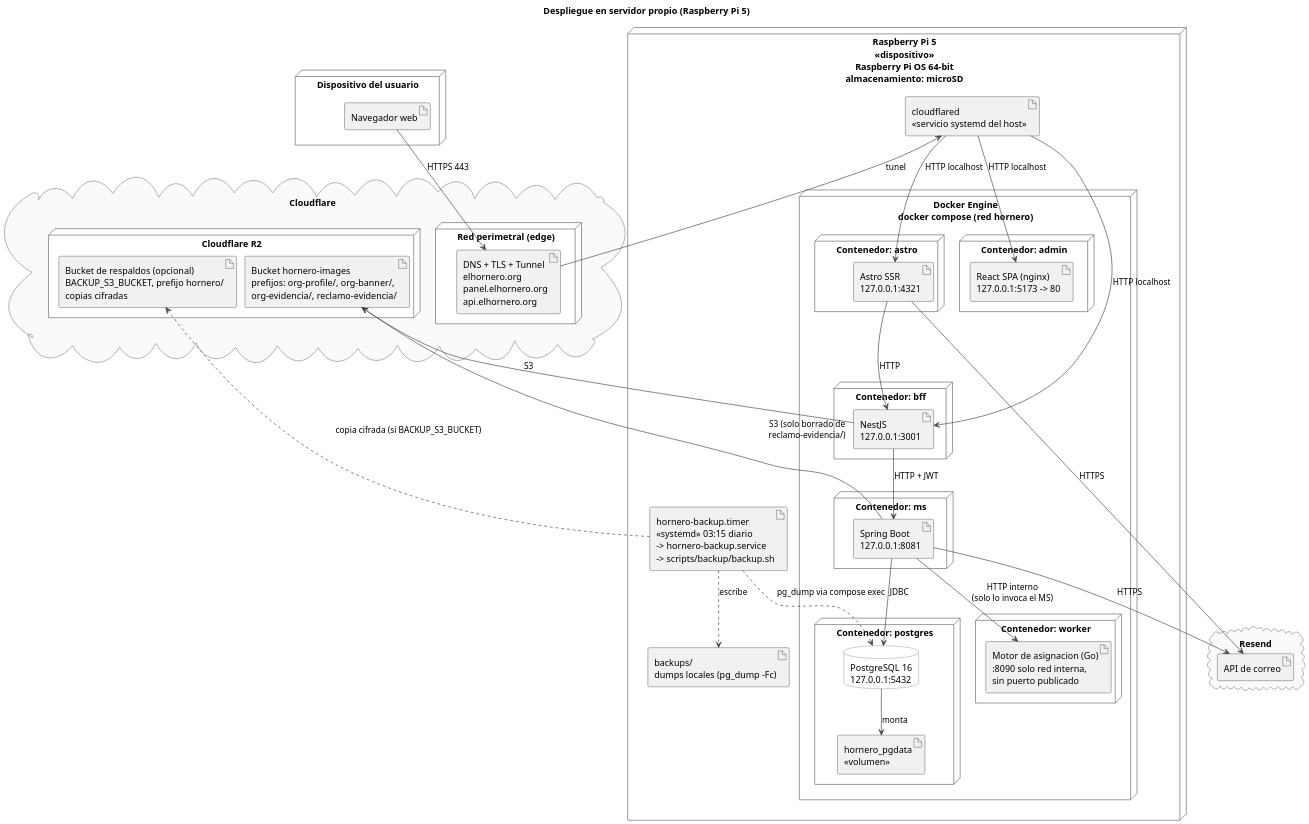
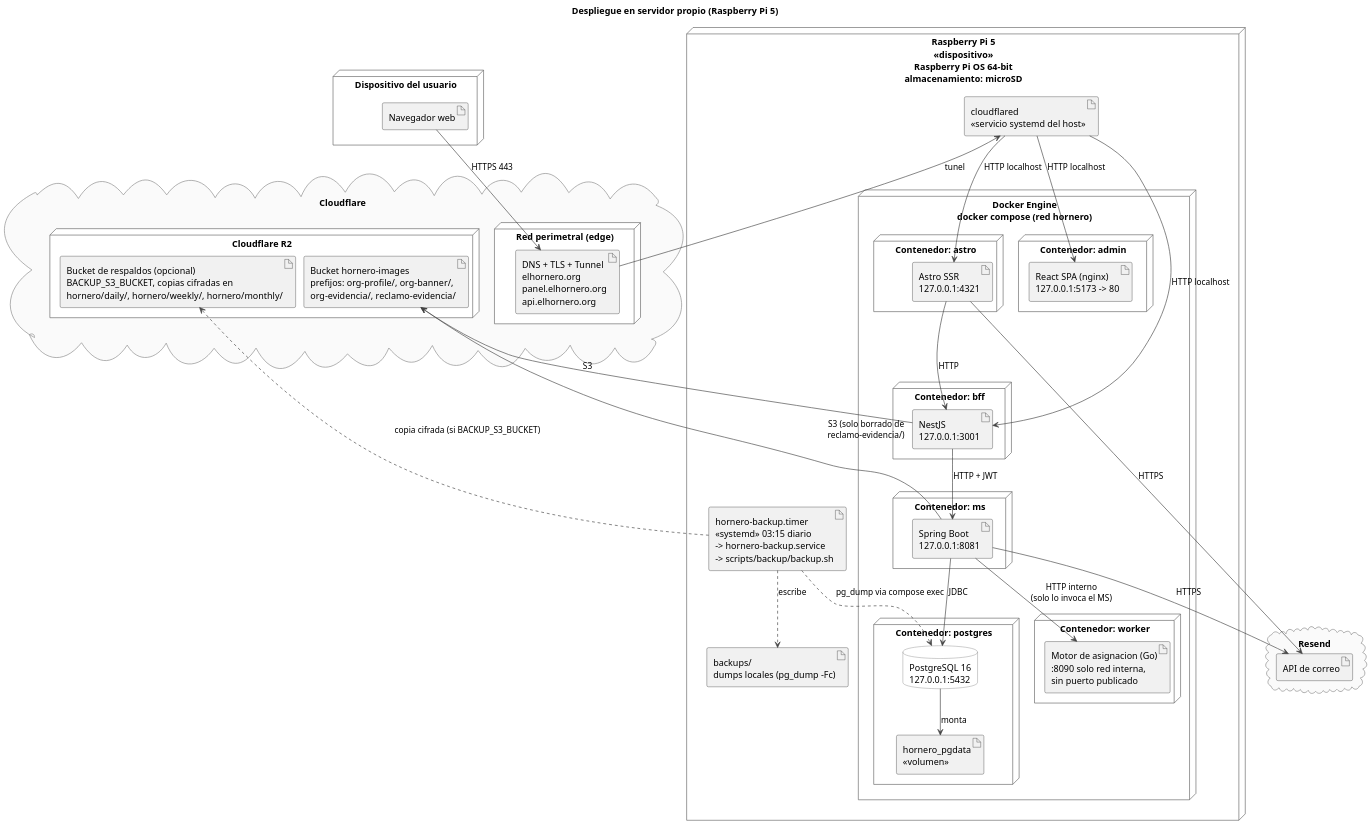
One commit to S21-Projects/hornero_monorepo changed the diagram in docs/tfg/diagramas/despliegue-rpi.puml. Above: the diagram before and after it, drawn with PlantUML. The commit also changed 4 other files, not shown here.

Commit message:
feat(backup): upload offsite copies to daily, weekly and monthly prefixes for per-prefix lifecycle retention

```diff
--- a/docs/tfg/diagramas/despliegue-rpi.puml
+++ b/docs/tfg/diagramas/despliegue-rpi.puml
@@ -1,94 +1,94 @@
 @startuml
 title Despliegue en servidor propio (Raspberry Pi 5)
 skinparam shadowing false
 skinparam defaultFontName Helvetica
 skinparam dpi 150
 skinparam ArrowColor #444444
 skinparam nodesep 12
 skinparam ranksep 30
 skinparam node {
   BackgroundColor #FFFFFF
   BorderColor #666666
 }
 skinparam database {
   BackgroundColor #FFFFFF
   BorderColor #666666
 }
 skinparam cloud {
   BackgroundColor #FAFAFA
   BorderColor #888888
 }
 
 node "Dispositivo del usuario" as cliente {
   artifact "Navegador web" as navegador
 }
 
 cloud "Cloudflare" as cf {
   node "Red perimetral (edge)" as edge {
     artifact "DNS + TLS + Tunnel\nelhornero.org\npanel.elhornero.org\napi.elhornero.org" as tunnel
   }
   node "Cloudflare R2" as r2 {
     artifact "Bucket hornero-images\nprefijos: org-profile/, org-banner/,\norg-evidencia/, reclamo-evidencia/" as bucket
-    artifact "Bucket de respaldos (opcional)\nBACKUP_S3_BUCKET, prefijo hornero/\ncopias cifradas" as bucketBk
+    artifact "Bucket de respaldos (opcional)\nBACKUP_S3_BUCKET, copias cifradas en\nhornero/daily/, hornero/weekly/, hornero/monthly/" as bucketBk
   }
 }
 
 cloud "Resend" as resendCloud {
   artifact "API de correo" as mailer
 }
 
 node "Raspberry Pi 5\n<<dispositivo>>\nRaspberry Pi OS 64-bit\nalmacenamiento: microSD" as pi {
 
   artifact "cloudflared\n<<servicio systemd del host>>" as cloudflared
   artifact "hornero-backup.timer\n<<systemd>> 03:15 diario\n-> hornero-backup.service\n-> scripts/backup/backup.sh" as timer
   artifact "backups/\ndumps locales (pg_dump -Fc)" as dumps
 
   node "Docker Engine\ndocker compose (red hornero)" as docker {
 
     node "Contenedor: astro" as cAstro {
       artifact "Astro SSR\n127.0.0.1:4321" as astro
     }
     node "Contenedor: admin" as cAdmin {
       artifact "React SPA (nginx)\n127.0.0.1:5173 -> 80" as admin
     }
     node "Contenedor: bff" as cBff {
       artifact "NestJS\n127.0.0.1:3001" as bff
     }
     node "Contenedor: ms" as cMs {
       artifact "Spring Boot\n127.0.0.1:8081" as ms
     }
     node "Contenedor: worker" as cWorker {
       artifact "Motor de asignacion (Go)\n:8090 solo red interna,\nsin puerto publicado" as worker
     }
     node "Contenedor: postgres" as cPg {
       database "PostgreSQL 16\n127.0.0.1:5432" as db
       artifact "hornero_pgdata\n<<volumen>>" as vol
     }
   }
 }
 
 navegador -right-> tunnel : HTTPS 443
 tunnel --> cloudflared : tunel
 cloudflared --> astro : HTTP localhost
 cloudflared --> admin : HTTP localhost
 cloudflared --> bff : HTTP localhost
 
 astro --> bff : HTTP
 bff --> ms : HTTP + JWT
 ms --> db : JDBC
 ms --> worker : HTTP interno\n(solo lo invoca el MS)
 db --> vol : monta
 
 bff -up-> bucket : S3
 ms --> bucket : S3 (solo borrado de\nreclamo-evidencia/)
 ms --> mailer : HTTPS
 astro --> mailer : HTTPS
 
 timer ..> db : pg_dump via compose exec
 timer ..> dumps : escribe
 timer ..> bucketBk : copia cifrada (si BACKUP_S3_BUCKET)
 
 cliente -[hidden]down- cf
 cf -[hidden]down- pi
 
 @enduml
```
